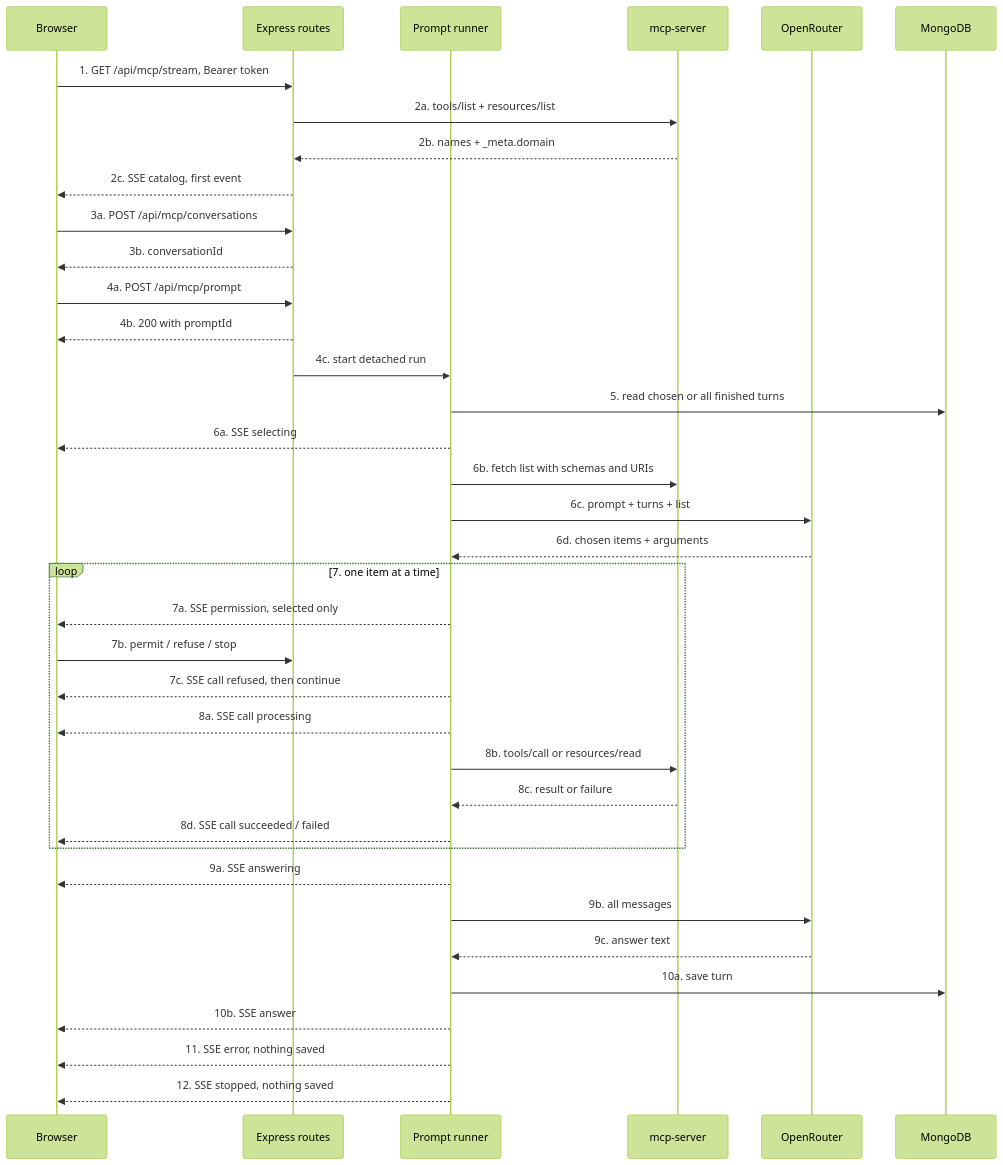
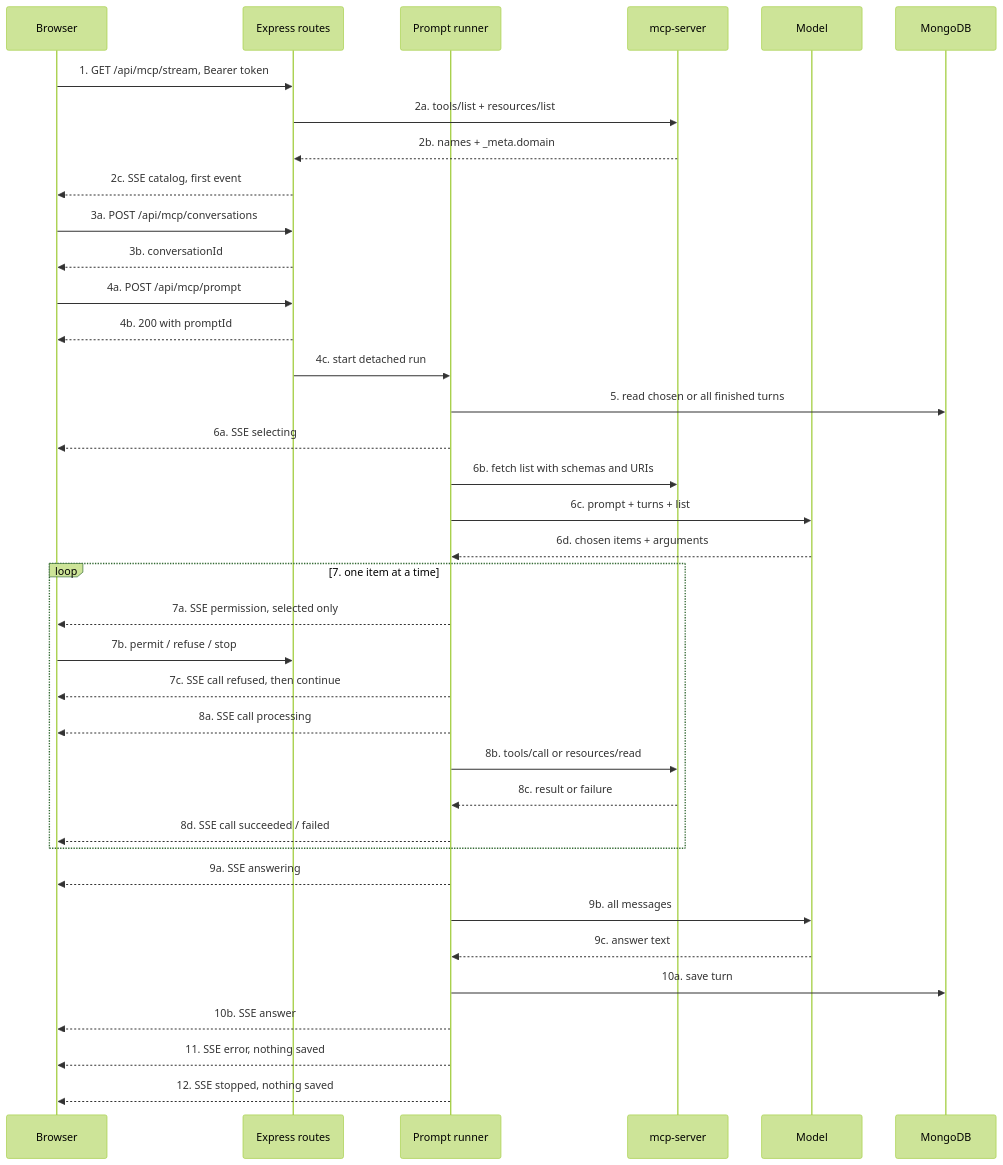
Before and after one commit to g-rosuson/fullstack-dashboard: the diagram in .cursor/plans/express_mcp_client_eb1378c6.plan.md, drawn with Mermaid (forest theme). The commit also changed other lines of this file and 8 other files, not shown here.

````diff
--- a/.cursor/plans/express_mcp_client_eb1378c6.plan.md
+++ b/.cursor/plans/express_mcp_client_eb1378c6.plan.md
@@ -40,40 +40,40 @@
 ```mermaid
 sequenceDiagram
     participant UI as Browser
     participant API as Express routes
     participant RUN as Prompt runner
     participant MCP as mcp-server
-    participant LLM as OpenRouter
+    participant LLM as Model
     participant DB as MongoDB
 
     UI->>API: 1. GET /api/mcp/stream, Bearer token
     API->>MCP: 2a. tools/list + resources/list
     MCP-->>API: 2b. names + _meta.domain
     API-->>UI: 2c. SSE catalog, first event
     UI->>API: 3a. POST /api/mcp/conversations
     API-->>UI: 3b. conversationId
     UI->>API: 4a. POST /api/mcp/prompt
     API-->>UI: 4b. 200 with promptId
     API->>RUN: 4c. start detached run
     RUN->>DB: 5. read chosen or all finished turns
     RUN-->>UI: 6a. SSE selecting
     RUN->>MCP: 6b. fetch list with schemas and URIs
     RUN->>LLM: 6c. prompt + turns + list
     LLM-->>RUN: 6d. chosen items + arguments
     loop 7. one item at a time
         RUN-->>UI: 7a. SSE permission, selected only
         UI->>API: 7b. permit / refuse / stop
         RUN-->>UI: 7c. SSE call refused, then continue
         RUN-->>UI: 8a. SSE call processing
         RUN->>MCP: 8b. tools/call or resources/read
         MCP-->>RUN: 8c. result or failure
         RUN-->>UI: 8d. SSE call succeeded / failed
     end
     RUN-->>UI: 9a. SSE answering
     RUN->>LLM: 9b. all messages
     LLM-->>RUN: 9c. answer text
     RUN->>DB: 10a. save turn
     RUN-->>UI: 10b. SSE answer
     RUN-->>UI: 11. SSE error, nothing saved
     RUN-->>UI: 12. SSE stopped, nothing saved
 ```
````
